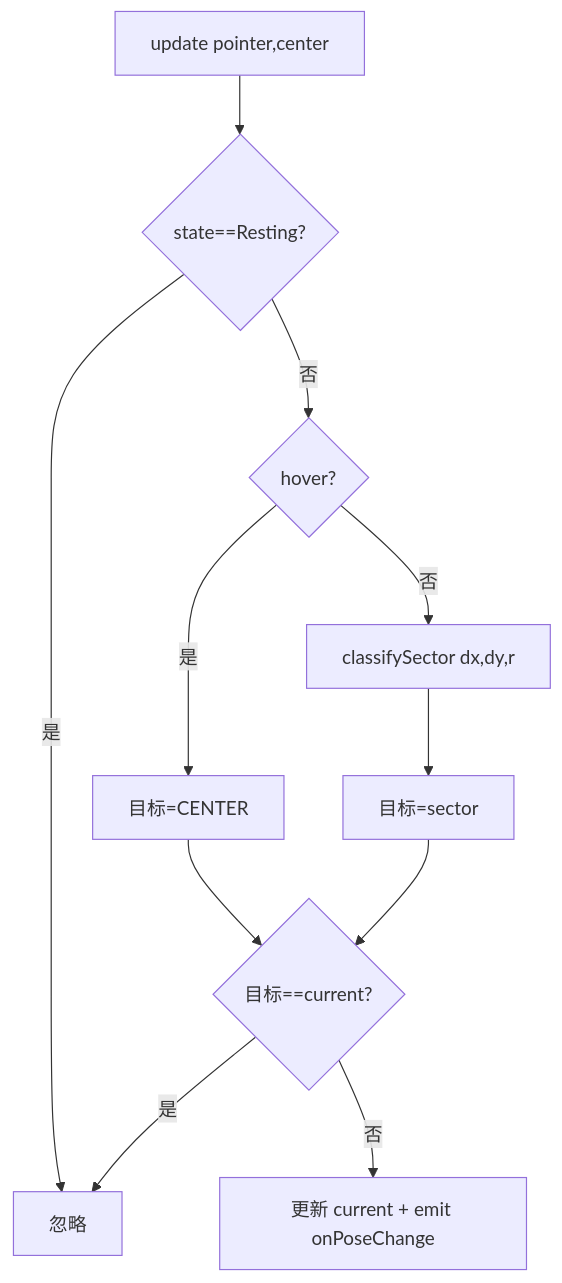
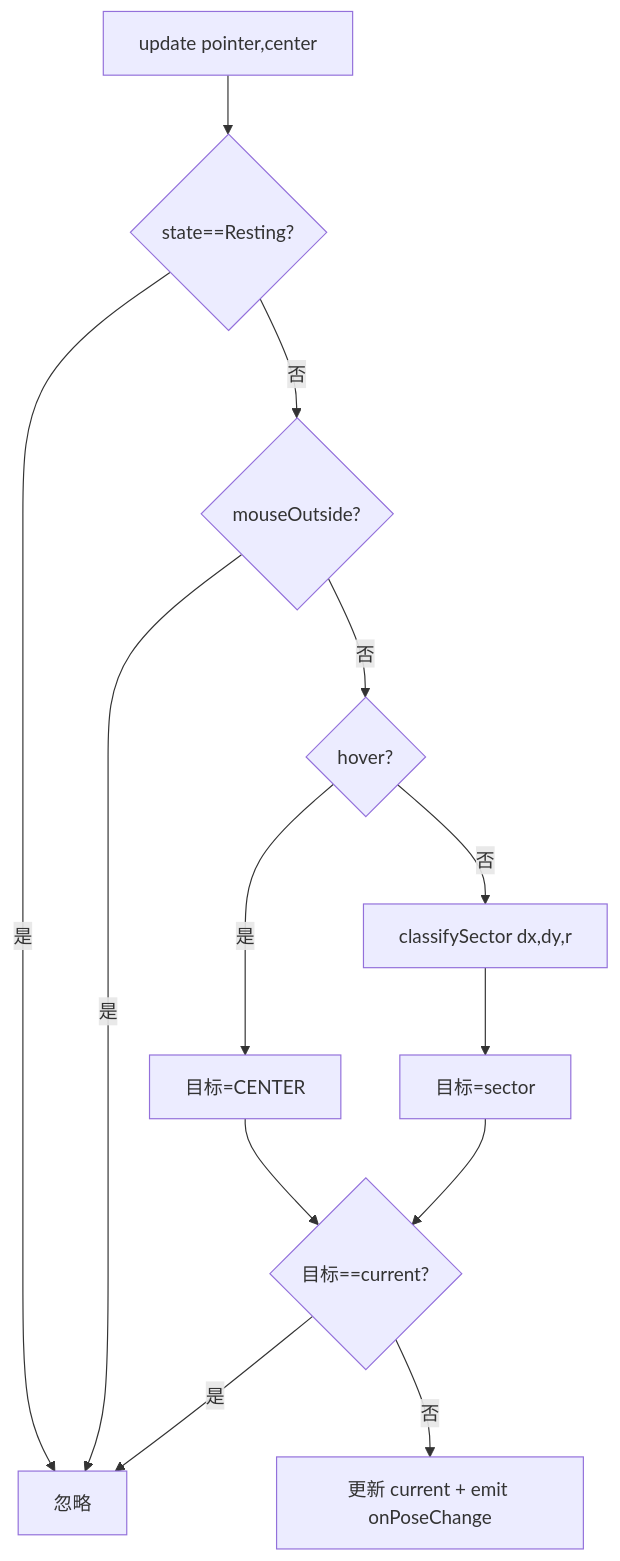
Before and after one commit to sher2018/cat_eyeing_mouse: diagram 23 of 59 in doc/2.detailed_design_specification.md, drawn with Mermaid. The commit also changed other lines of this file and 25 other files, not shown here.

````diff
--- a/doc/2.detailed_design_specification.md
+++ b/doc/2.detailed_design_specification.md
@@ -769,13 +838,15 @@
 ```mermaid
 flowchart TD
     A[update pointer,center] --> B{state==Resting?}
     B -- 是 --> Z[忽略]
-    B -- 否 --> C{hover?}
+    B -- 否 --> AA{mouseOutside?}
+    AA -- 是 --> Z
+    AA -- 否 --> C{hover?}
     C -- 是 --> D[目标=CENTER]
     C -- 否 --> E[classifySector dx,dy,r]
     E --> F[目标=sector]
     D --> G{目标==current?}
     F --> G
     G -- 是 --> Z
     G -- 否 --> H[更新 current + emit onPoseChange]
 ```
````
